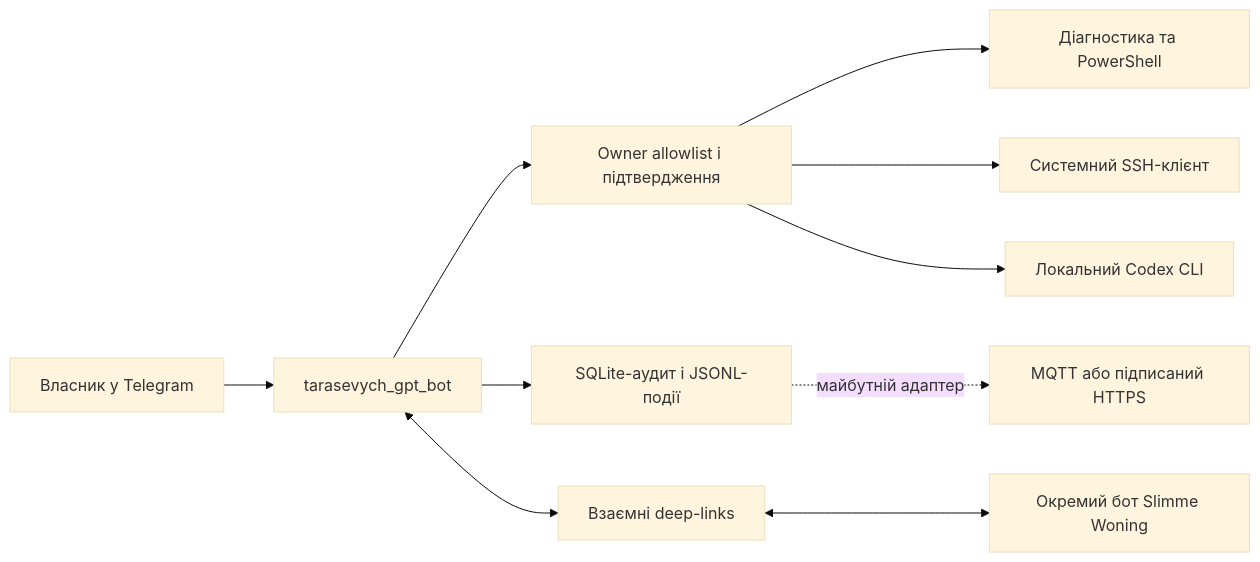
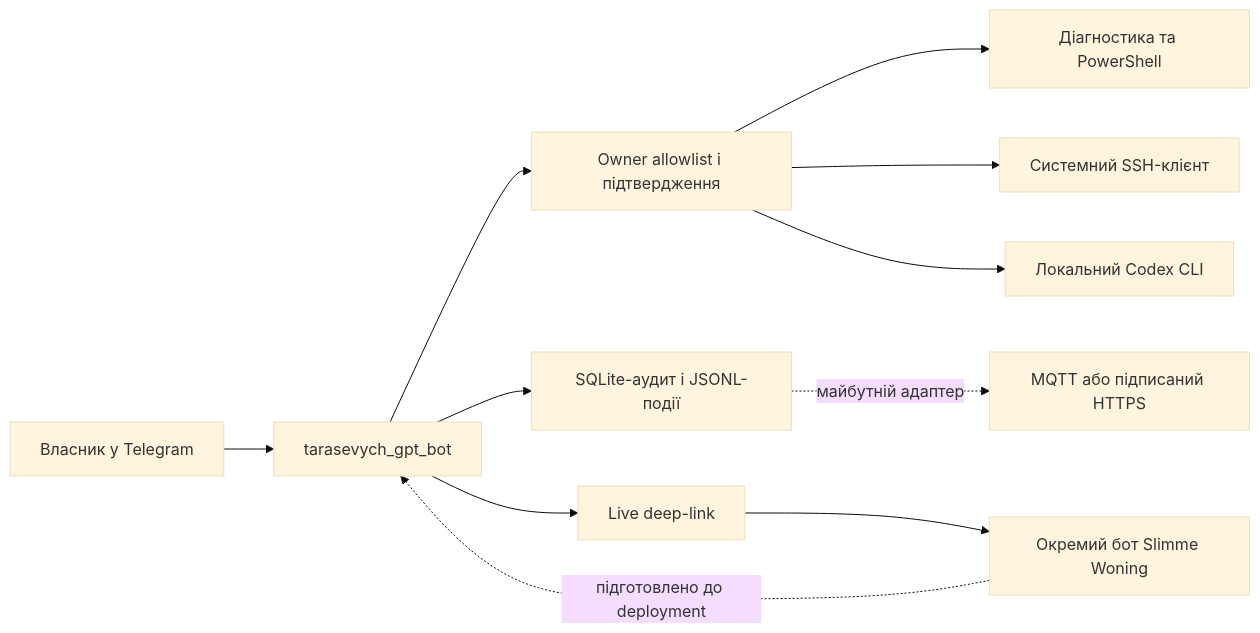
One commit to Tarasevych/telegram-pc-beheer changed the diagram in documentatie/uk/architectuur.md. Above: the diagram before and after it, drawn with Mermaid (base theme). The commit also changed other lines of this file and 7 other files, not shown here.

````diff
--- a/documentatie/uk/architectuur.md
+++ b/documentatie/uk/architectuur.md
@@ -3,12 +3,13 @@
 ```mermaid
 flowchart LR
   U[Власник у Telegram] --> B[tarasevych_gpt_bot]
   B --> A[Owner allowlist і підтвердження]
   A --> P[Діагностика та PowerShell]
   A --> S[Системний SSH-клієнт]
   A --> C[Локальний Codex CLI]
   B --> L[SQLite-аудит і JSONL-події]
-  B <--> D[Взаємні deep-links]
-  D <--> H[Окремий бот Slimme Woning]
+  B --> D[Live deep-link]
+  D --> H[Окремий бот Slimme Woning]
+  H -. підготовлено до deployment .-> B
   L -. майбутній адаптер .-> M[MQTT або підписаний HTTPS]
 ```
````
